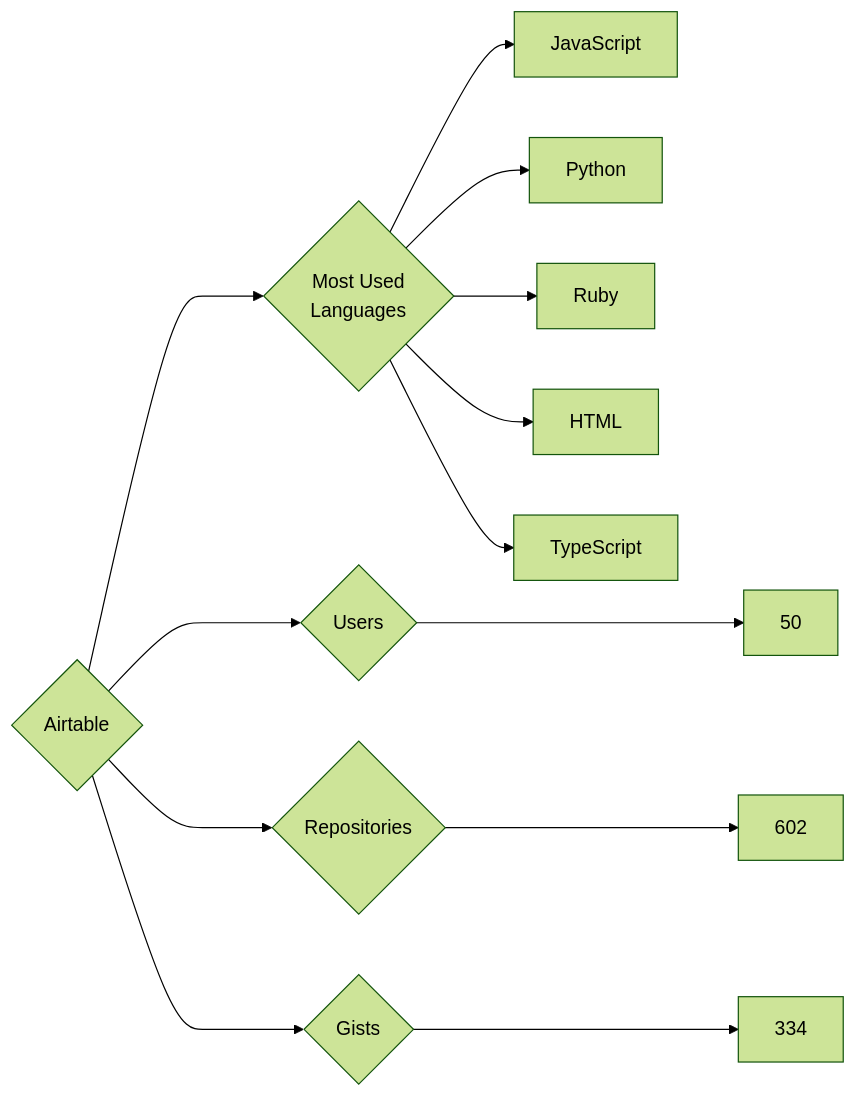
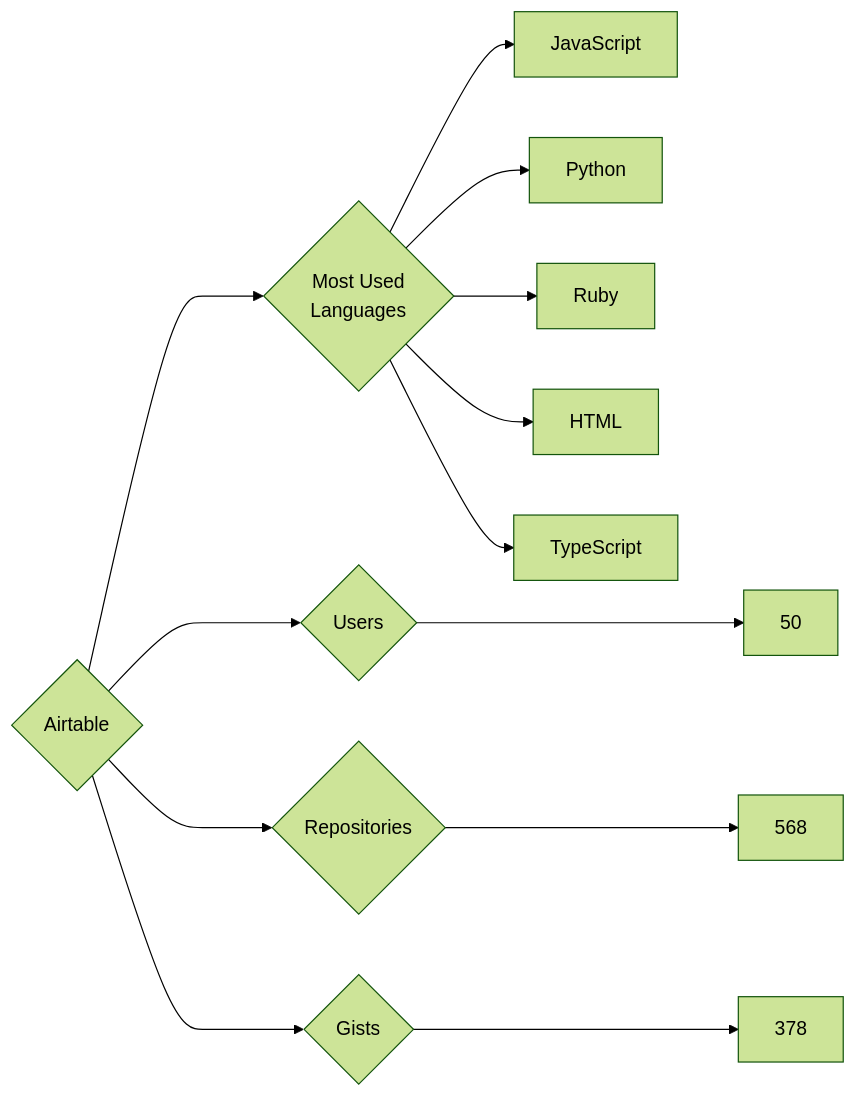
One commit to trickest/insiders changed the diagram in targets/Airtable/README.md. Above: the diagram before and after it, drawn with Mermaid (forest theme). The commit also changed 899 other files, not shown here.

````diff
--- a/targets/Airtable/README.md
+++ b/targets/Airtable/README.md
@@ -3,13 +3,13 @@
 ```mermaid
 graph LR
 COMPANY_NAME{Airtable}
 COMPANY_NAME ---> U{Users} ---> UN[50]
-COMPANY_NAME ---> R{Repositories} ---> RN[602]
-COMPANY_NAME ---> G{Gists} ---> GN[334]
+COMPANY_NAME ---> R{Repositories} ---> RN[568]
+COMPANY_NAME ---> G{Gists} ---> GN[378]
 COMPANY_NAME ---> ML{Most Used<br>Languages}
 ML --> JavaScript[JavaScript]
 ML --> Python[Python]
 ML --> Ruby[Ruby]
 ML --> HTML[HTML]
 ML --> TypeScript[TypeScript]
 ```
````
